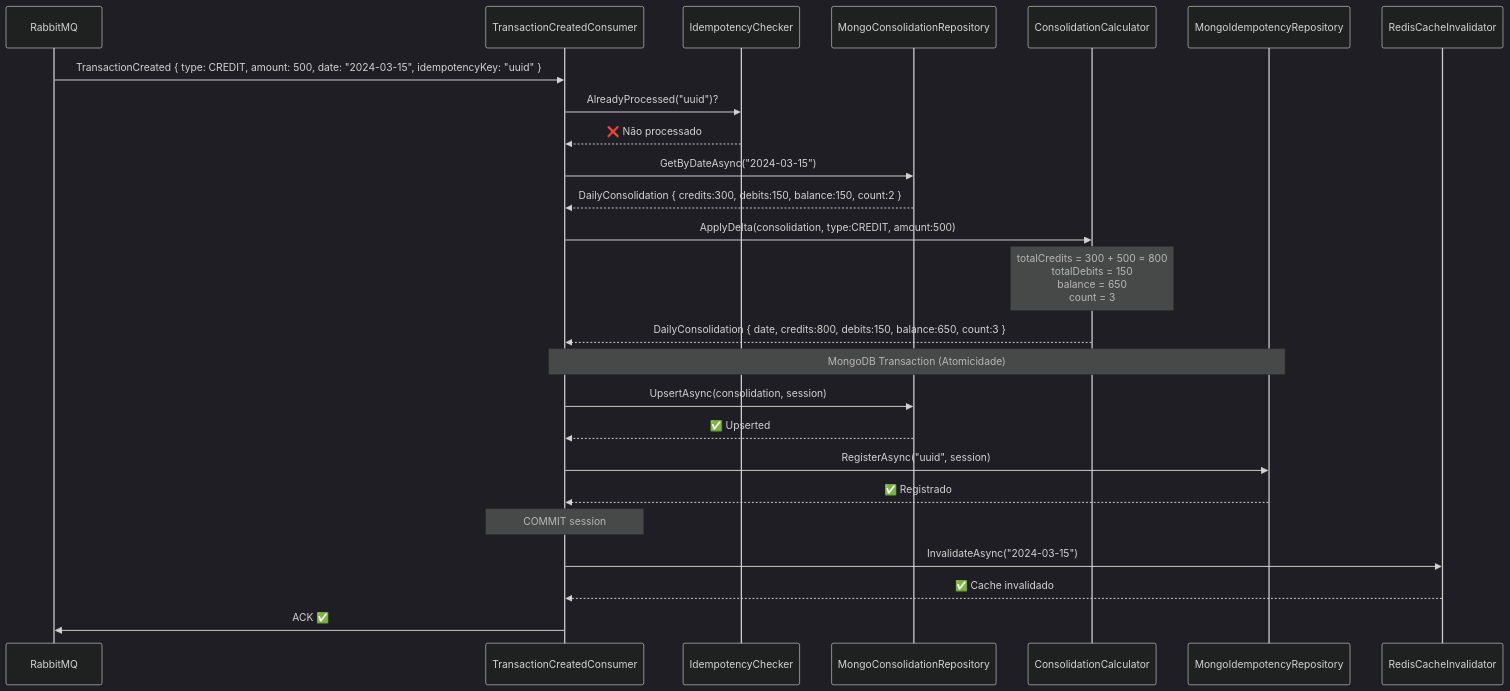
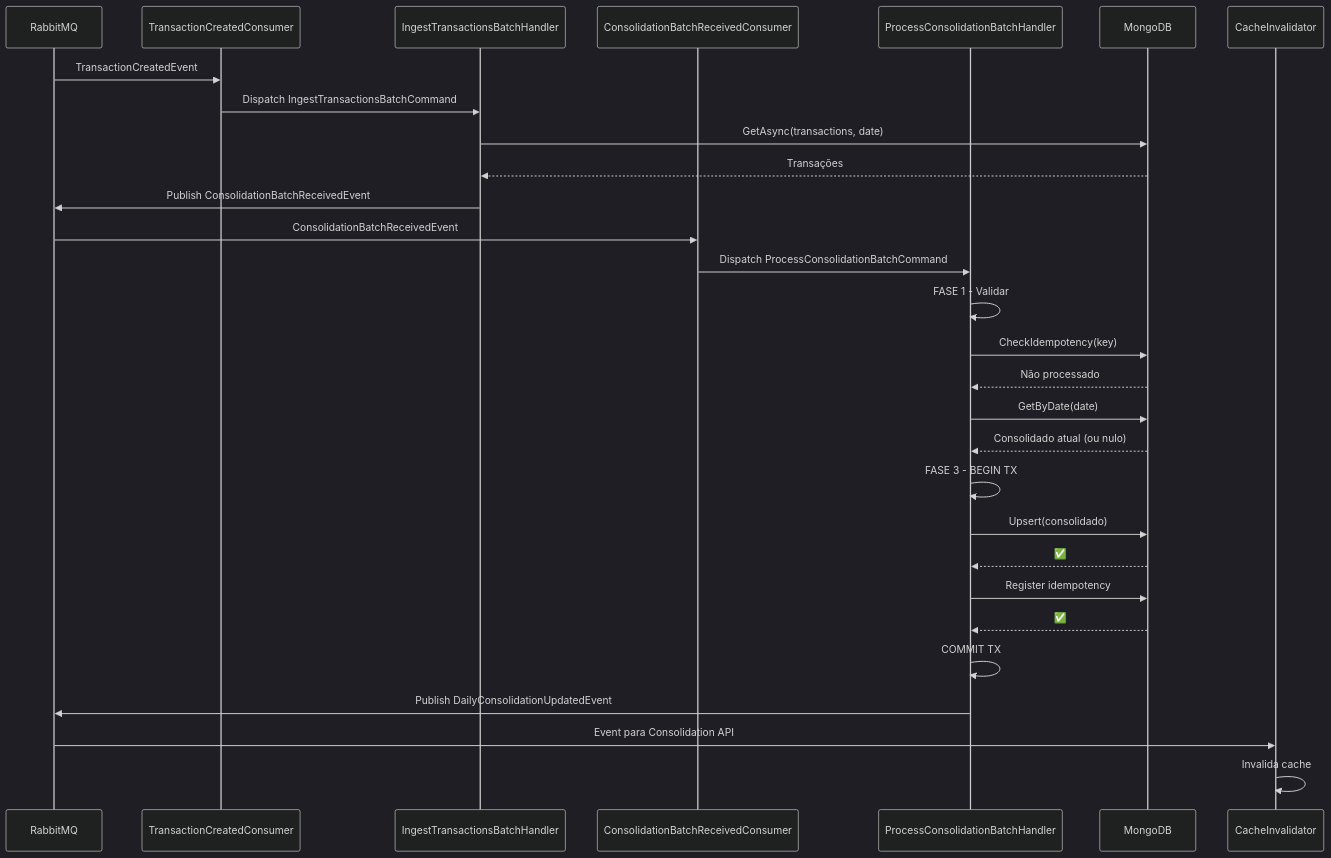
The third of 3 diagrams in docs/architecture/04-component-consolidation.md (ddrsdiego/cash-flow-challenge-dotnet), drawn with Mermaid (dark theme) before and after one commit. The commit also changed other lines of this file and 29 other files, not shown here.

````diff
--- a/docs/architecture/04-component-consolidation.md
+++ b/docs/architecture/04-component-consolidation.md
@@ -258,36 +353,36 @@
 ```mermaid
 sequenceDiagram
     participant MQ as RabbitMQ
-    participant CONS as TransactionCreatedConsumer
-    participant IDEMP as IdempotencyChecker
-    participant REPO as MongoConsolidationRepository
-    participant CALC as ConsolidationCalculator
-    participant IDMPSTORE as MongoIdempotencyRepository
-    participant CACHE as RedisCacheInvalidator
+    participant TC as TransactionCreatedConsumer
+    participant IH as IngestTransactionsBatchHandler
+    participant CB as ConsolidationBatchReceivedConsumer
+    participant PH as ProcessConsolidationBatchHandler
+    participant DB as MongoDB
+    participant CI as CacheInvalidator
 
-    MQ->>CONS: TransactionCreated { type: CREDIT, amount: 500, date: "2024-03-15", idempotencyKey: "uuid" }
+    MQ->>TC: TransactionCreatedEvent
+    TC->>IH: Dispatch IngestTransactionsBatchCommand
+    IH->>DB: GetAsync(transactions, date)
+    DB-->>IH: Transações
+    IH->>MQ: Publish ConsolidationBatchReceivedEvent
 
-    CONS->>IDEMP: AlreadyProcessed("uuid")?
-    IDEMP-->>CONS: ❌ Não processado
+    MQ->>CB: ConsolidationBatchReceivedEvent
+    CB->>PH: Dispatch ProcessConsolidationBatchCommand
 
-    CONS->>REPO: GetByDateAsync("2024-03-15")
-    REPO-->>CONS: DailyConsolidation { credits:300, debits:150, balance:150, count:2 }
+    PH->>PH: FASE 1 - Validar
+    PH->>DB: CheckIdempotency(key)
+    DB-->>PH: Não processado
+    PH->>DB: GetByDate(date)
+    DB-->>PH: Consolidado atual (ou nulo)
 
-    CONS->>CALC: ApplyDelta(consolidation, type:CREDIT, amount:500)
-    Note over CALC: totalCredits = 300 + 500 = 800<br/>totalDebits  = 150<br/>balance      = 650<br/>count        = 3
-    CALC-->>CONS: DailyConsolidation { date, credits:800, debits:150, balance:650, count:3 }
+    PH->>PH: FASE 3 - BEGIN TX
+    PH->>DB: Upsert(consolidado)
+    DB-->>PH: ✅
+    PH->>DB: Register idempotency
+    DB-->>PH: ✅
+    PH->>PH: COMMIT TX
 
-    Note over CONS,IDMPSTORE: MongoDB Transaction (Atomicidade)
-    CONS->>REPO: UpsertAsync(consolidation, session)
-    REPO-->>CONS: ✅ Upserted
-
-    CONS->>IDMPSTORE: RegisterAsync("uuid", session)
-    IDMPSTORE-->>CONS: ✅ Registrado
-
-    Note over CONS: COMMIT session
-
-    CONS->>CACHE: InvalidateAsync("2024-03-15")
-    CACHE-->>CONS: ✅ Cache invalidado
-
-    CONS->>MQ: ACK ✅
+    PH->>MQ: Publish DailyConsolidationUpdatedEvent
+    MQ->>CI: Event para Consolidation API
+    CI->>CI: Invalida cache
 ```
````
